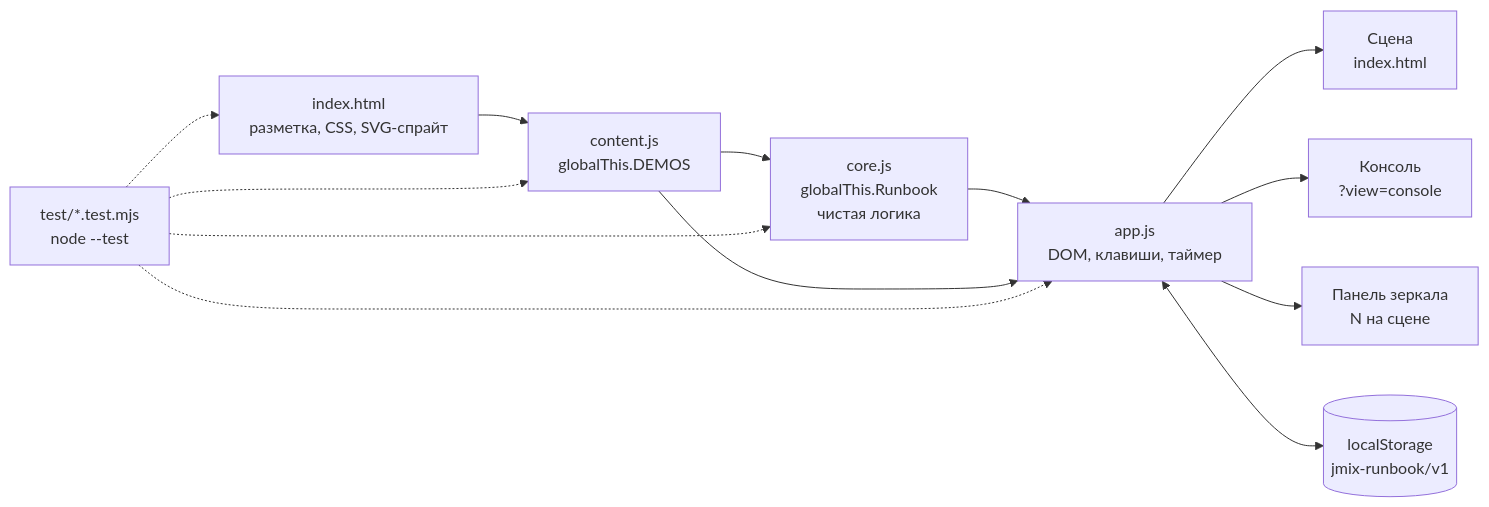
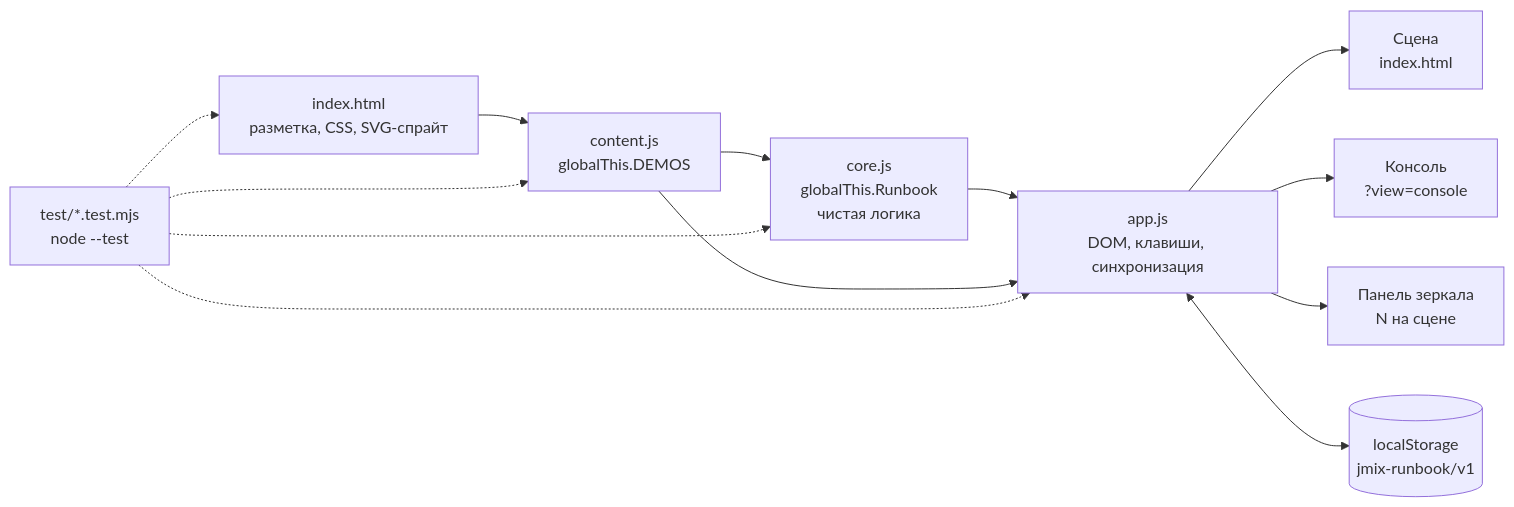
Before and after one commit to Fedoseew/jmix-demo-runbook: the first of 2 diagrams in docs/guide/ru/architecture.md, drawn with Mermaid. The commit also changed other lines of this file and 24 other files, not shown here.

````diff
--- a/docs/guide/ru/architecture.md
+++ b/docs/guide/ru/architecture.md
@@ -29,15 +28,15 @@
 ```mermaid
 flowchart LR
   html[index.html<br/>разметка, CSS, SVG-спрайт] --> content
   content[content.js<br/>globalThis.DEMOS] --> core[core.js<br/>globalThis.Runbook<br/>чистая логика]
-  core --> app[app.js<br/>DOM, клавиши, таймер]
+  core --> app[app.js<br/>DOM, клавиши, синхронизация]
   content --> app
   app --> stage[Сцена<br/>index.html]
   app --> console[Консоль<br/>?view=console]
   app --> dock[Панель зеркала<br/>N на сцене]
   app <--> ls[(localStorage<br/>jmix-runbook/v1)]
   tests[test/*.test.mjs<br/>node --test] -.-> content
   tests -.-> core
   tests -.-> app
   tests -.-> html
 ```
````
